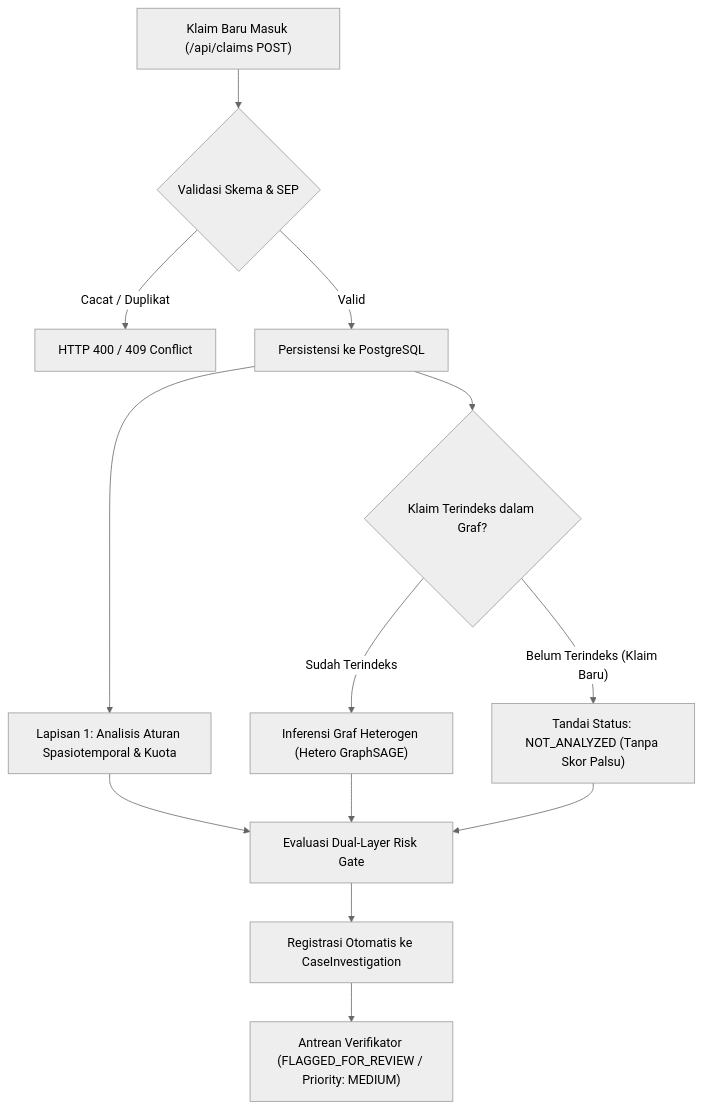
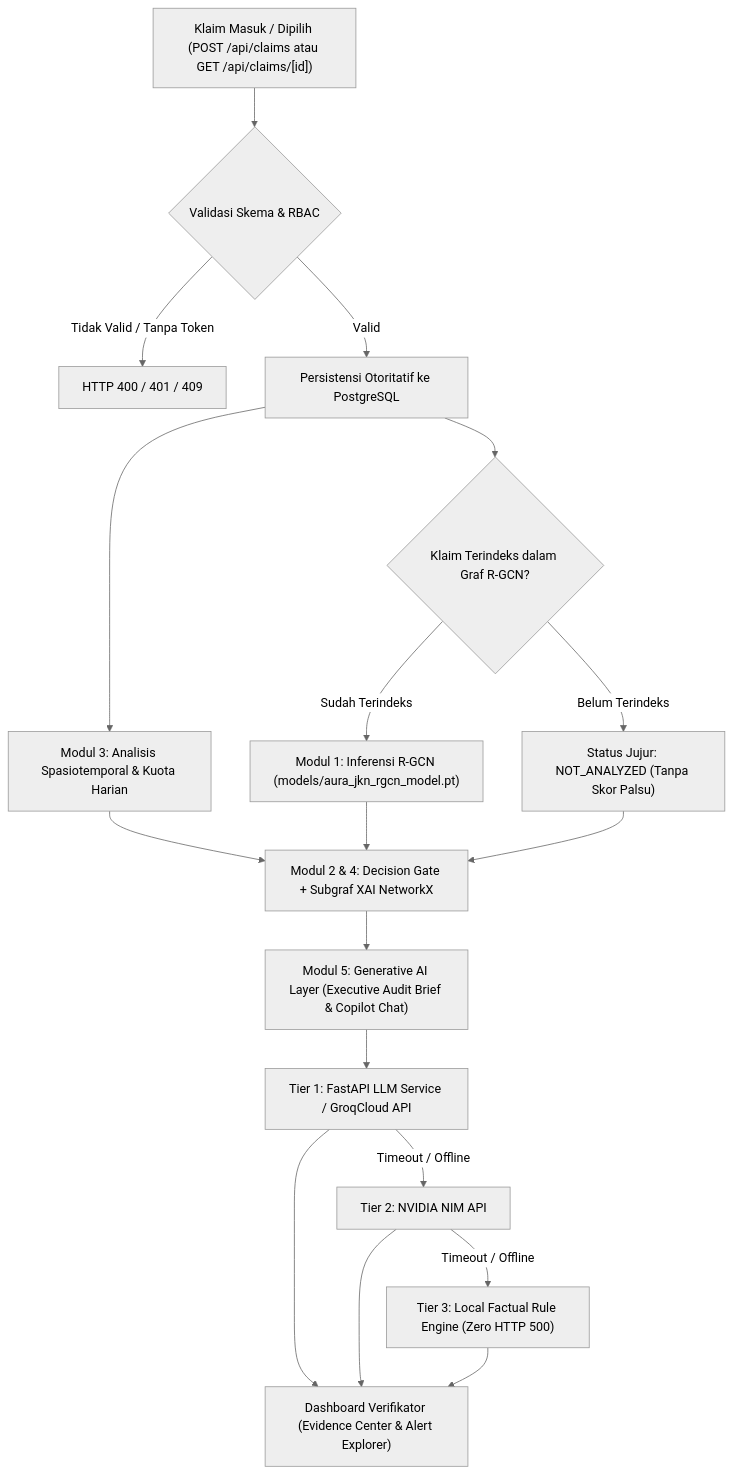
One commit to faiz-jihad/Healthkathon-BPJS-KESEHATAN changed the diagram in README.md. Above: the diagram before and after it, drawn with Mermaid (neutral theme). The commit also changed other lines of this file, not shown here.

Commit message:
docs(readme): update comprehensive documentation for R-GCN 1M dataset, Generative AI Copilot, and Docker Compose

````diff
--- a/README.md
+++ b/README.md
@@ -101,19 +133,22 @@
 ```mermaid
 flowchart TD
-    NewClaim["Klaim Baru Masuk (/api/claims POST)"] --> ValGate{"Validasi Skema & SEP"}
-    ValGate -- "Cacat / Duplikat" --> Reject["HTTP 400 / 409 Conflict"]
-    ValGate -- "Valid" --> PersistDB["Persistensi ke PostgreSQL"]
+    NewClaim["Klaim Masuk / Dipilih (POST /api/claims atau GET /api/claims/[id])"] --> ValGate{"Validasi Skema & RBAC"}
+    ValGate -- "Tidak Valid / Tanpa Token" --> Reject["HTTP 400 / 401 / 409"]
+    ValGate -- "Valid" --> PersistDB["Persistensi Otoritatif ke PostgreSQL"]
     
-    PersistDB --> SpatioCheck["Lapisan 1: Analisis Aturan Spasiotemporal & Kuota"]
-    PersistDB --> GNNIndex{"Klaim Terindeks dalam Graf?"}
+    PersistDB --> SpatioCheck["Modul 3: Analisis Spasiotemporal & Kuota Harian"]
+    PersistDB --> GNNIndex{"Klaim Terindeks dalam Graf R-GCN?"}
     
-    GNNIndex -- "Sudah Terindeks" --> GNNInfer["Inferensi Graf Heterogen (Hetero GraphSAGE)"]
-    GNNIndex -- "Belum Terindeks (Klaim Baru)" --> HonestStatus["Tandai Status: NOT_ANALYZED (Tanpa Skor Palsu)"]
+    GNNIndex -- "Sudah Terindeks" --> GNNInfer["Modul 1: Inferensi R-GCN (models/aura_jkn_rgcn_model.pt)"]
+    GNNIndex -- "Belum Terindeks" --> HonestStatus["Status Jujur: NOT_ANALYZED (Tanpa Skor Palsu)"]
     
-    SpatioCheck --> CombineGate["Evaluasi Dual-Layer Risk Gate"]
+    SpatioCheck --> CombineGate["Modul 2 & 4: Decision Gate + Subgraf XAI NetworkX"]
     GNNInfer --> CombineGate
     HonestStatus --> CombineGate
     
-    CombineGate --> CaseRoute["Registrasi Otomatis ke CaseInvestigation"]
-    CaseRoute --> Queue["Antrean Verifikator (FLAGGED_FOR_REVIEW / Priority: MEDIUM)"]
+    CombineGate --> GenAI["Modul 5: Generative AI Layer (Executive Audit Brief & Copilot Chat)"]
+    GenAI --> Tier1["Tier 1: FastAPI LLM Service / GroqCloud API"]
+    Tier1 -- "Timeout / Offline" --> Tier2["Tier 2: NVIDIA NIM API"]
+    Tier2 -- "Timeout / Offline" --> Tier3["Tier 3: Local Factual Rule Engine (Zero HTTP 500)"]
+    Tier1 & Tier2 & Tier3 --> Queue["Dashboard Verifikator (Evidence Center & Alert Explorer)"]
 ```
````
